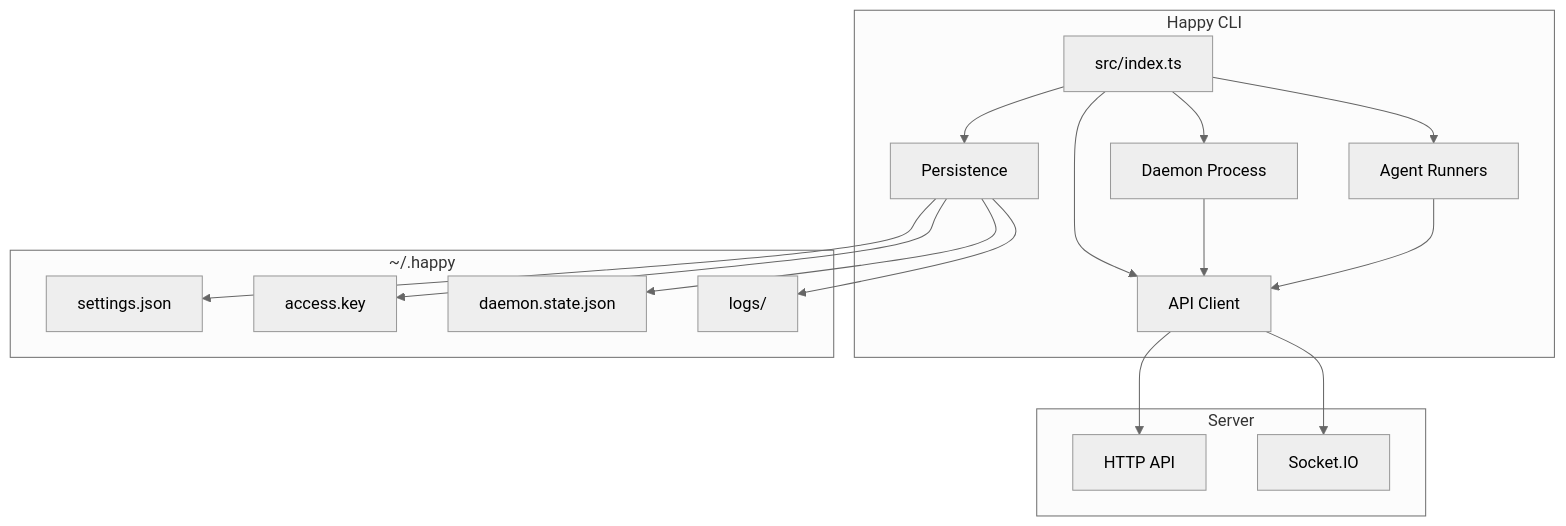
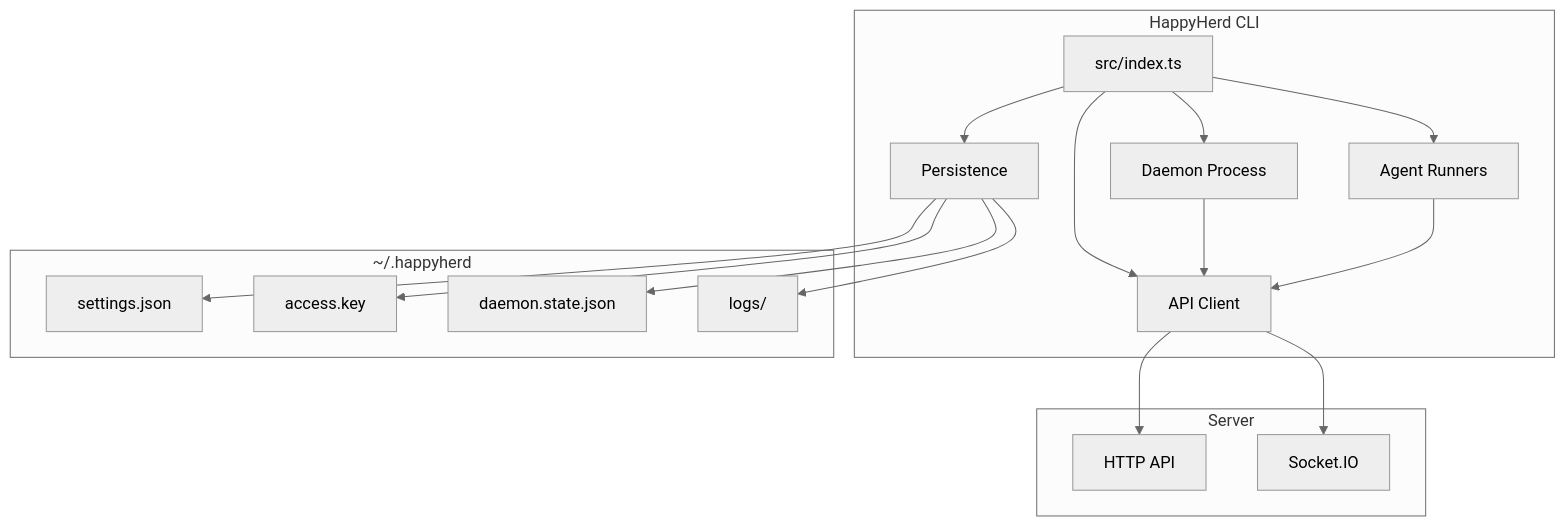
One commit to NickGuAI/HappyHerd changed the first of 12 diagrams in server/docs/cli-architecture.md. Above: the diagram before and after it, drawn with Mermaid (neutral theme). The commit also changed other lines of this file and 798 other files, not shown here.

Commit message:
refactor(cli): complete happyherd naming and preserve migration contracts

````diff
--- a/server/docs/cli-architecture.md
+++ b/server/docs/cli-architecture.md
@@ -7,33 +7,33 @@
 ```mermaid
 graph TB
-    subgraph "Happy CLI"
+    subgraph "HappyHerd CLI"
         Entry[src/index.ts]
         API[API Client]
         Daemon[Daemon Process]
         Agents[Agent Runners]
         Persist[Persistence]
     end
 
-    subgraph "~/.happy"
+    subgraph "~/.happyherd"
         Settings[settings.json]
         AccessKey[access.key]
         DaemonState[daemon.state.json]
         Logs[logs/]
     end
 
     subgraph Server
         HTTP[HTTP API]
         Socket[Socket.IO]
     end
 
     Entry --> API
     Entry --> Daemon
     Entry --> Agents
     Entry --> Persist
 
     Persist --> Settings & AccessKey & DaemonState & Logs
 
     API --> HTTP & Socket
     Daemon --> API
     Agents --> API
 ```
````
